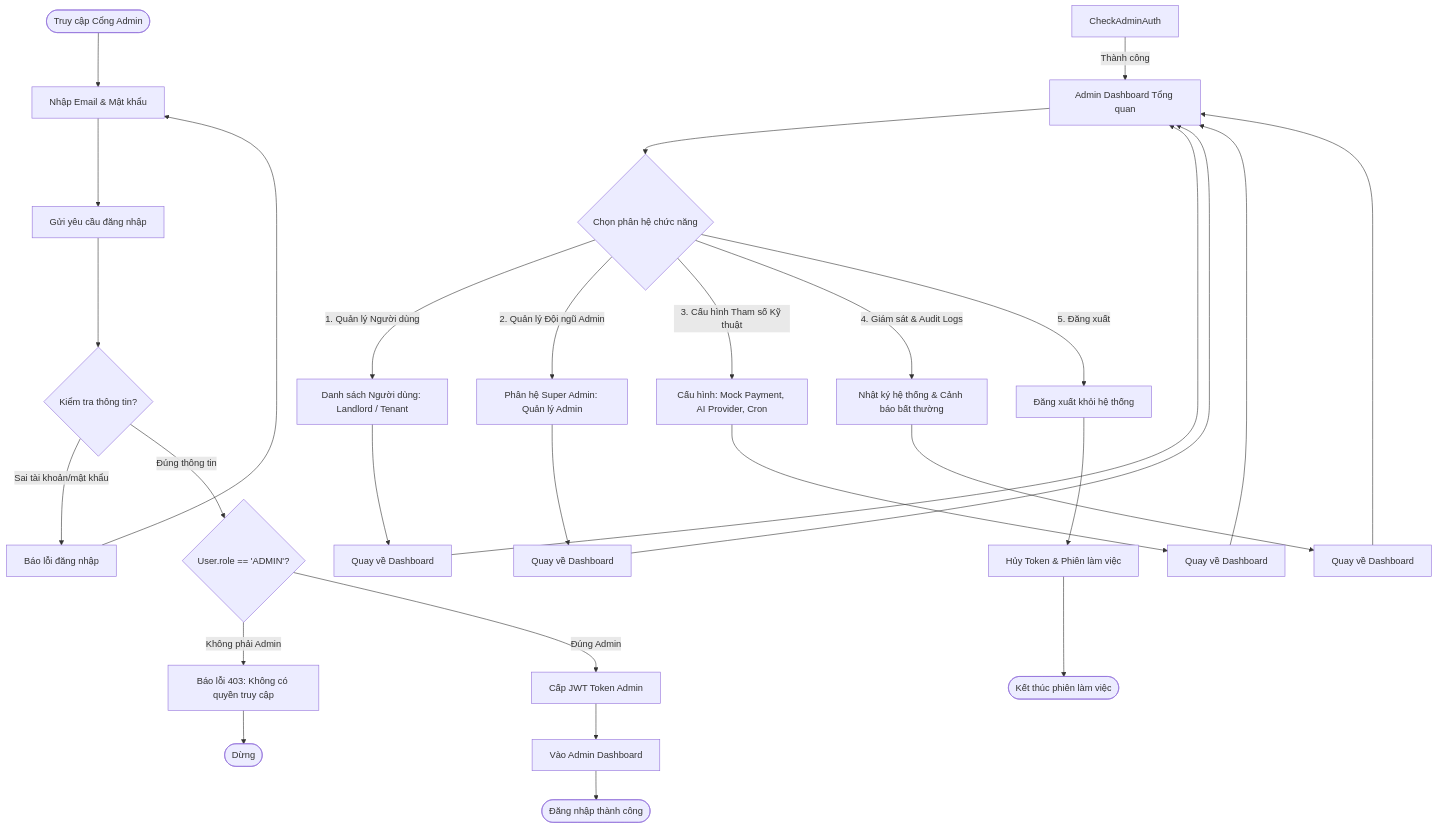
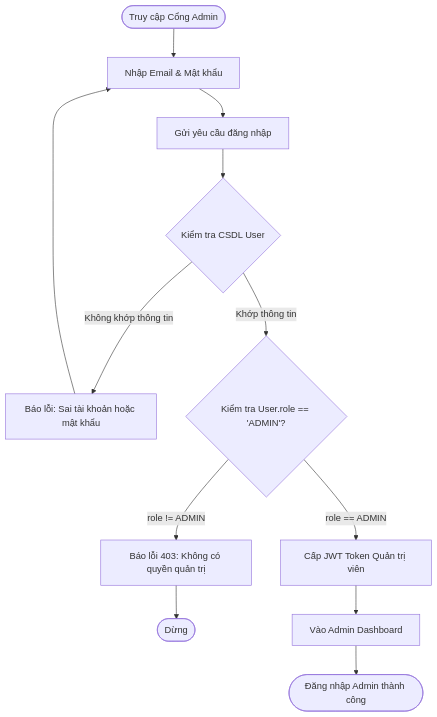
The second of 6 diagrams in phase-1/discovery/user_flow/admin_user_flow.md (pbl6-home-renter/docs), drawn with Mermaid before and after one commit. The commit also changed other lines of this file and 3 other files, not shown here.

````diff
--- a/phase-1/discovery/user_flow/admin_user_flow.md
+++ b/phase-1/discovery/user_flow/admin_user_flow.md
@@ -44,27 +63,14 @@
 ```mermaid
 flowchart TD
     StartLogin([Truy cập Cổng Admin]) --> InputCreds[Nhập Email & Mật khẩu]
     InputCreds --> SubmitLogin[Gửi yêu cầu đăng nhập]
-    SubmitLogin --> CheckCreds{Kiểm tra thông tin?}
     
-    CheckAdminAuth -->|Thành công| AdminDash[Admin Dashboard Tổng quan]
-    CheckCreds -->|Sai tài khoản/mật khẩu| FailAuth[Báo lỗi đăng nhập] --> InputCreds
-    CheckCreds -->|Đúng thông tin| CheckRole{User.role == 'ADMIN'?}
+    SubmitLogin --> VerifyDB{Kiểm tra CSDL User}
+    VerifyDB -->|Không khớp thông tin| FailAuth[Báo lỗi: Sai tài khoản hoặc mật khẩu] --> InputCreds
     
-    AdminDash --> ChooseNav{Chọn phân hệ chức năng}
+    VerifyDB -->|Khớp thông tin| CheckRole{Kiểm tra User.role == 'ADMIN'?}
+    CheckRole -->|role != ADMIN| Deny403[Báo lỗi 403: Không có quyền quản trị] --> EndDeny([Dừng])
     
-    ChooseNav -->|1. Quản lý Người dùng| ModUsers[Danh sách Người dùng: Landlord / Tenant]
-    ChooseNav -->|2. Quản lý Đội ngũ Admin| ModAdminTeam[Phân hệ Super Admin: Quản lý Admin]
-    ChooseNav -->|3. Cấu hình Tham số Kỹ thuật| ModConfig[Cấu hình: Mock Payment, AI Provider, Cron]
-    ChooseNav -->|4. Giám sát & Audit Logs| ModLogs[Nhật ký hệ thống & Cảnh báo bất thường]
-    ChooseNav -->|5. Đăng xuất| AdminLogout[Đăng xuất khỏi hệ thống]
-    
-    ModUsers --> RetDash1[Quay về Dashboard] --> AdminDash
-    ModAdminTeam --> RetDash2[Quay về Dashboard] --> AdminDash
-    ModConfig --> RetDash3[Quay về Dashboard] --> AdminDash
-    ModLogs --> RetDash4[Quay về Dashboard] --> AdminDash
-    
-    AdminLogout --> ClearAdminJWT[Hủy Token & Phiên làm việc] --> EndAdminSuccess([Kết thúc phiên làm việc])
-    CheckRole -->|Không phải Admin| Deny403[Báo lỗi 403: Không có quyền truy cập] --> EndDeny([Dừng])
-    CheckRole -->|Đúng Admin| IssueToken[Cấp JWT Token Admin] --> EnterDash[Vào Admin Dashboard] --> EndAuthSuccess([Đăng nhập thành công])
+    CheckRole -->|role == ADMIN| IssueToken[Cấp JWT Token Quản trị viên]
+    IssueToken --> EnterDash[Vào Admin Dashboard] --> EndAuthSuccess([Đăng nhập Admin thành công])
 ```
````
